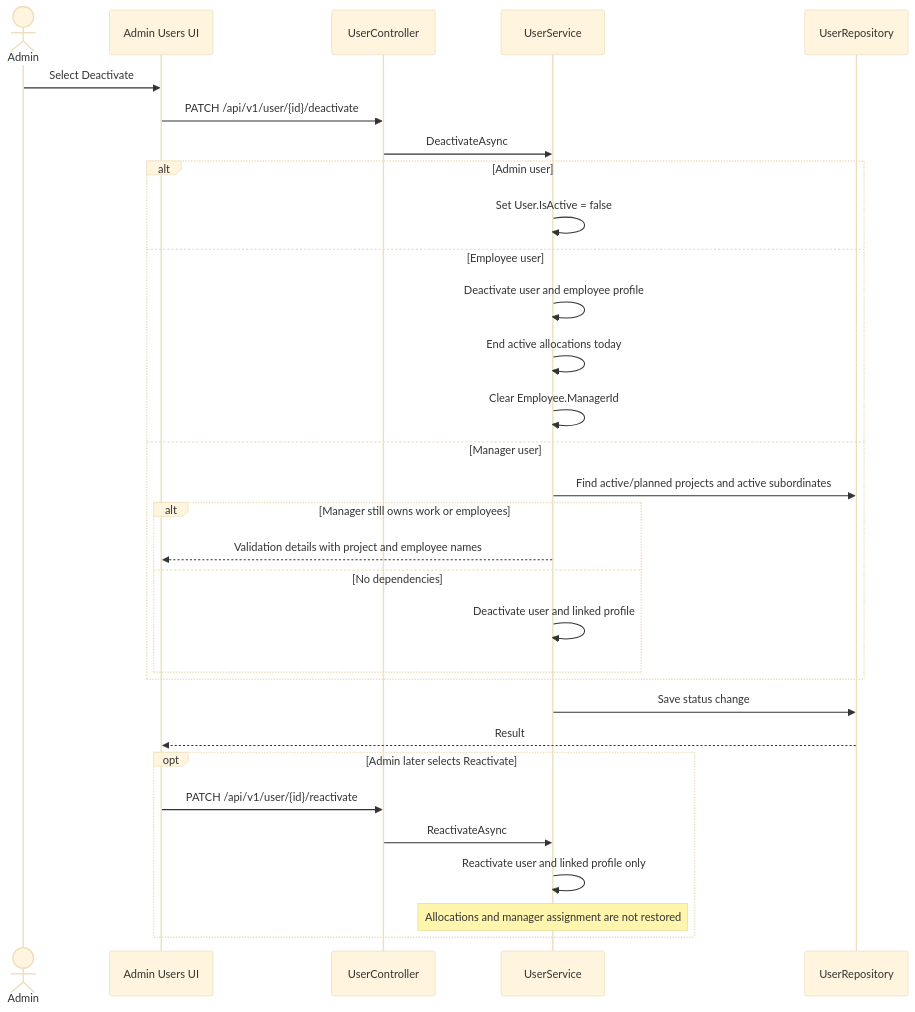
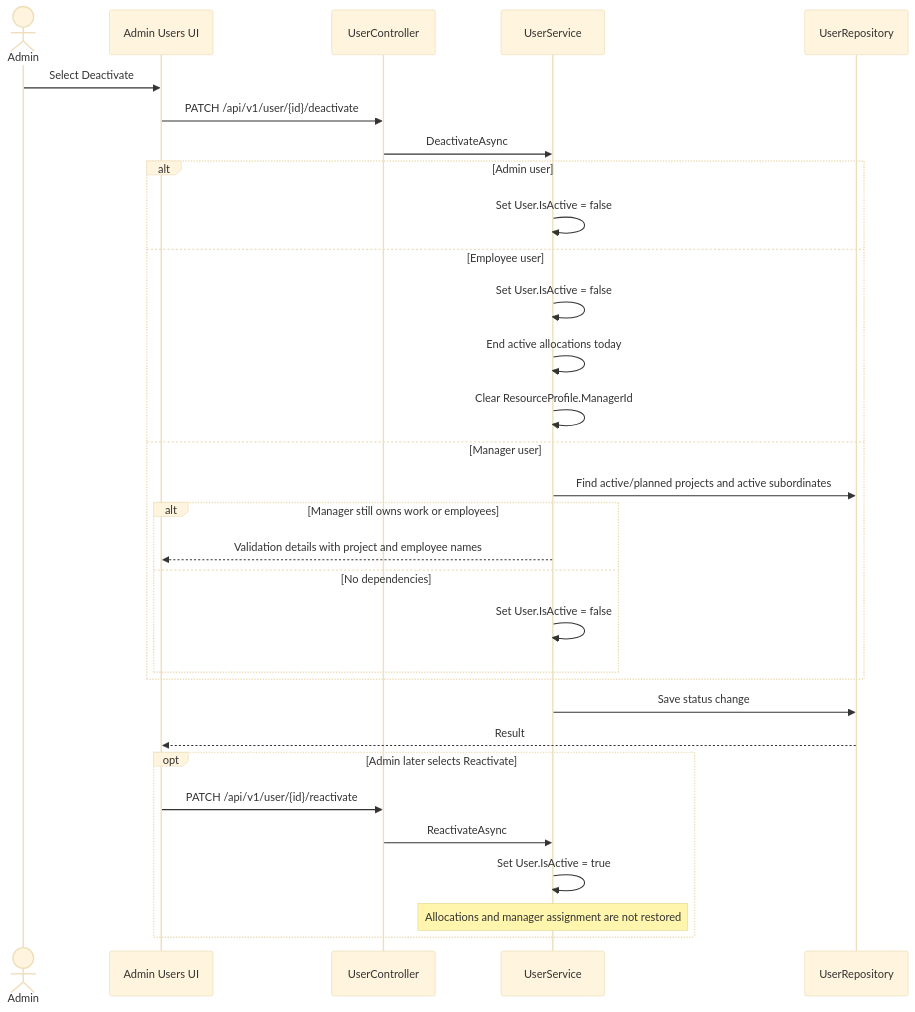
Before and after one commit to AayushGargITT/AayushGarg-LearnCode-2025-26: the tenth of 17 diagrams in ResourceMindAi/readme.md, drawn with Mermaid (base theme). The commit also changed other lines of this file and 35 other files, not shown here.

First line of the commit message:
refactor(domain): rename Employee to ResourceProfile and simplify entity model

````diff
--- a/ResourceMindAi/readme.md
+++ b/ResourceMindAi/readme.md
@@ -517,37 +516,37 @@
 ```mermaid
 sequenceDiagram
     actor Admin
     participant UI as Admin Users UI
     participant API as UserController
     participant Service as UserService
     participant Repo as UserRepository
 
     Admin->>UI: Select Deactivate
     UI->>API: PATCH /api/v1/user/{id}/deactivate
     API->>Service: DeactivateAsync
 
     alt Admin user
         Service->>Service: Set User.IsActive = false
     else Employee user
-        Service->>Service: Deactivate user and employee profile
+        Service->>Service: Set User.IsActive = false
         Service->>Service: End active allocations today
-        Service->>Service: Clear Employee.ManagerId
+        Service->>Service: Clear ResourceProfile.ManagerId
     else Manager user
         Service->>Repo: Find active/planned projects and active subordinates
         alt Manager still owns work or employees
             Service-->>UI: Validation details with project and employee names
         else No dependencies
-            Service->>Service: Deactivate user and linked profile
+            Service->>Service: Set User.IsActive = false
         end
     end
 
     Service->>Repo: Save status change
     Repo-->>UI: Result
 
     opt Admin later selects Reactivate
         UI->>API: PATCH /api/v1/user/{id}/reactivate
         API->>Service: ReactivateAsync
-        Service->>Service: Reactivate user and linked profile only
+        Service->>Service: Set User.IsActive = true
         Note over Service: Allocations and manager assignment are not restored
     end
 ```
````
